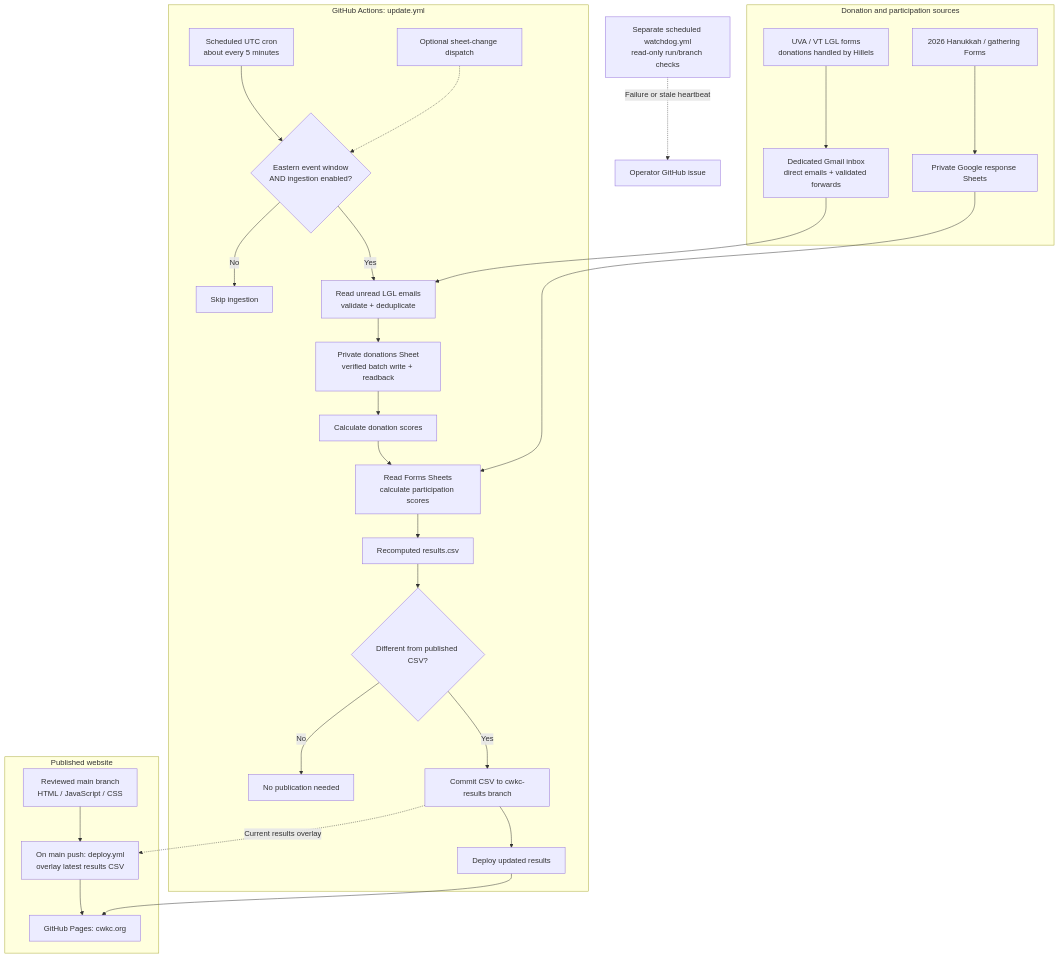
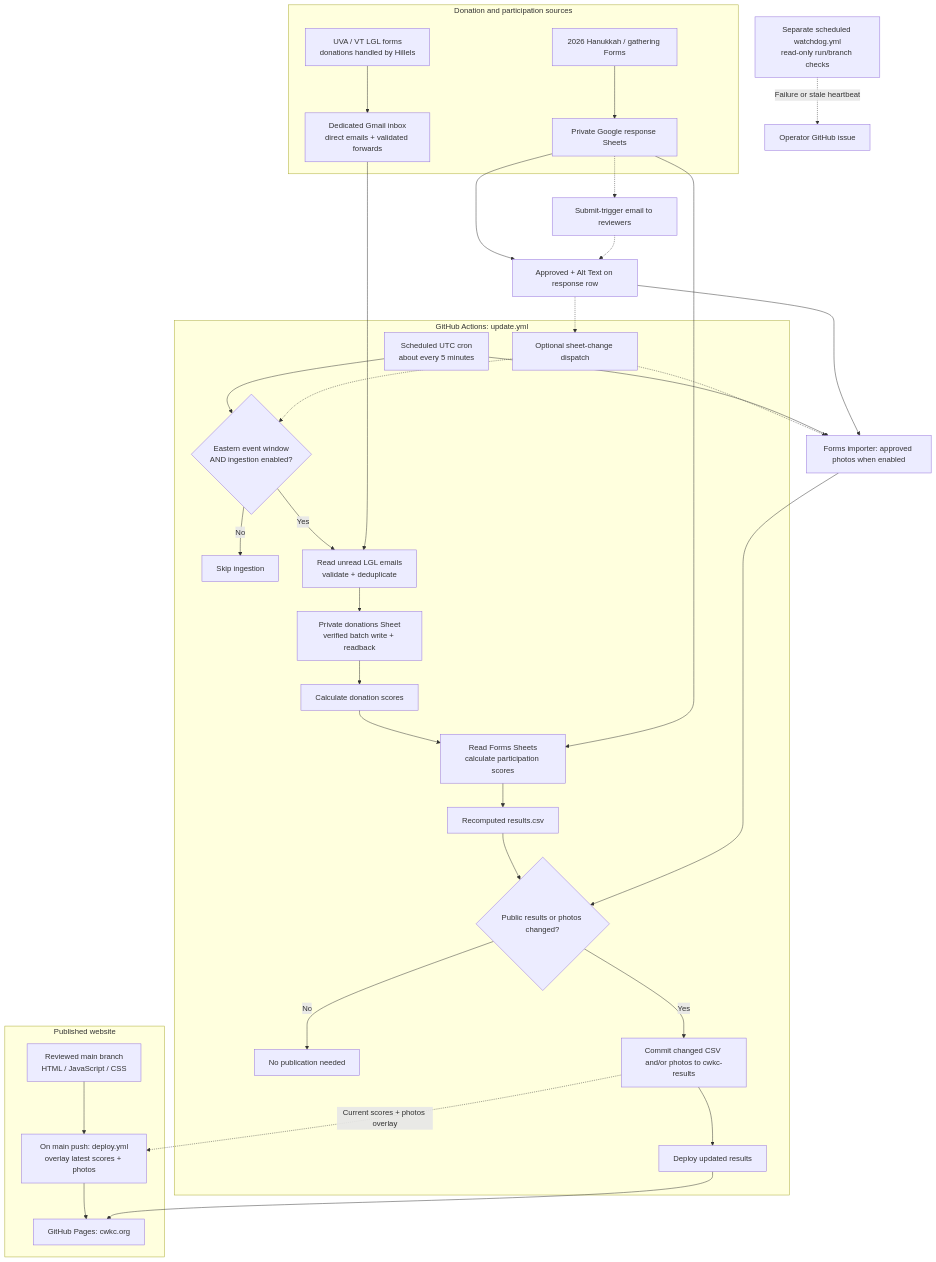
One commit to msaperst/cwkc-v2 changed the diagram in README.md. Above: the diagram before and after it, drawn with Mermaid. The commit also changed other lines of this file and 23 other files, not shown here.

First line of the commit message:
Publish moderated photos through the existing Forms update workflow (#87)

````diff
--- a/README.md
+++ b/README.md
@@ -17,34 +18,43 @@
 ```mermaid
 flowchart TB
     subgraph sources["Donation and participation sources"]
         LGL["UVA / VT LGL forms<br/>donations handled by Hillels"] --> MAIL["Dedicated Gmail inbox<br/>direct emails + validated forwards"]
         FORMS["2026 Hanukkah / gathering Forms"] --> RESP["Private Google response Sheets"]
     end
 
     subgraph updates["GitHub Actions: update.yml"]
         CRON["Scheduled UTC cron<br/>about every 5 minutes"] --> GATE{"Eastern event window<br/>AND ingestion enabled?"}
         DISPATCH["Optional sheet-change dispatch"] -.-> GATE
         GATE -->|No| SKIP["Skip ingestion"]
         GATE -->|Yes| INGEST["Read unread LGL emails<br/>validate + deduplicate"]
         INGEST --> LEDGER["Private donations Sheet<br/>verified batch write + readback"]
         LEDGER --> SCORE["Calculate donation scores"]
         SCORE --> PARTICIPATION["Read Forms Sheets<br/>calculate participation scores"]
         PARTICIPATION --> CSV["Recomputed results.csv"]
-        CSV --> CHANGED{"Different from published CSV?"}
+        CSV --> CHANGED{"Public results or photos changed?"}
         CHANGED -->|No| NOCHANGE["No publication needed"]
-        CHANGED -->|Yes| DATA["Commit CSV to cwkc-results branch"]
+        CHANGED -->|Yes| DATA["Commit changed CSV and/or photos to cwkc-results"]
         DATA --> RESULTDEPLOY["Deploy updated results"]
     end
+
+    RESP --> APPROVAL["Approved + Alt Text on response row"]
+    RESP -.-> REVIEW["Submit-trigger email to reviewers"]
+    REVIEW -.-> APPROVAL
+    APPROVAL -.-> DISPATCH
+    DISPATCH -.-> PHOTOS["Forms importer: approved photos when enabled"]
+    CRON --> PHOTOS
+    APPROVAL --> PHOTOS
+    PHOTOS --> CHANGED
 
     MAIL --> INGEST
     RESP --> PARTICIPATION
 
     subgraph public["Published website"]
-        MAIN["Reviewed main branch<br/>HTML / JavaScript / CSS"] --> CODEDEPLOY["On main push: deploy.yml<br/>overlay latest results CSV"]
+        MAIN["Reviewed main branch<br/>HTML / JavaScript / CSS"] --> CODEDEPLOY["On main push: deploy.yml<br/>overlay latest scores + photos"]
         CODEDEPLOY --> PAGES["GitHub Pages: cwkc.org"]
         RESULTDEPLOY --> PAGES
     end
-    DATA -.->|Current results overlay| CODEDEPLOY
+    DATA -.->|Current scores + photos overlay| CODEDEPLOY
 
     WATCH["Separate scheduled watchdog.yml<br/>read-only run/branch checks"] -.->|Failure or stale heartbeat| ISSUE["Operator GitHub issue"]
 ```
````
